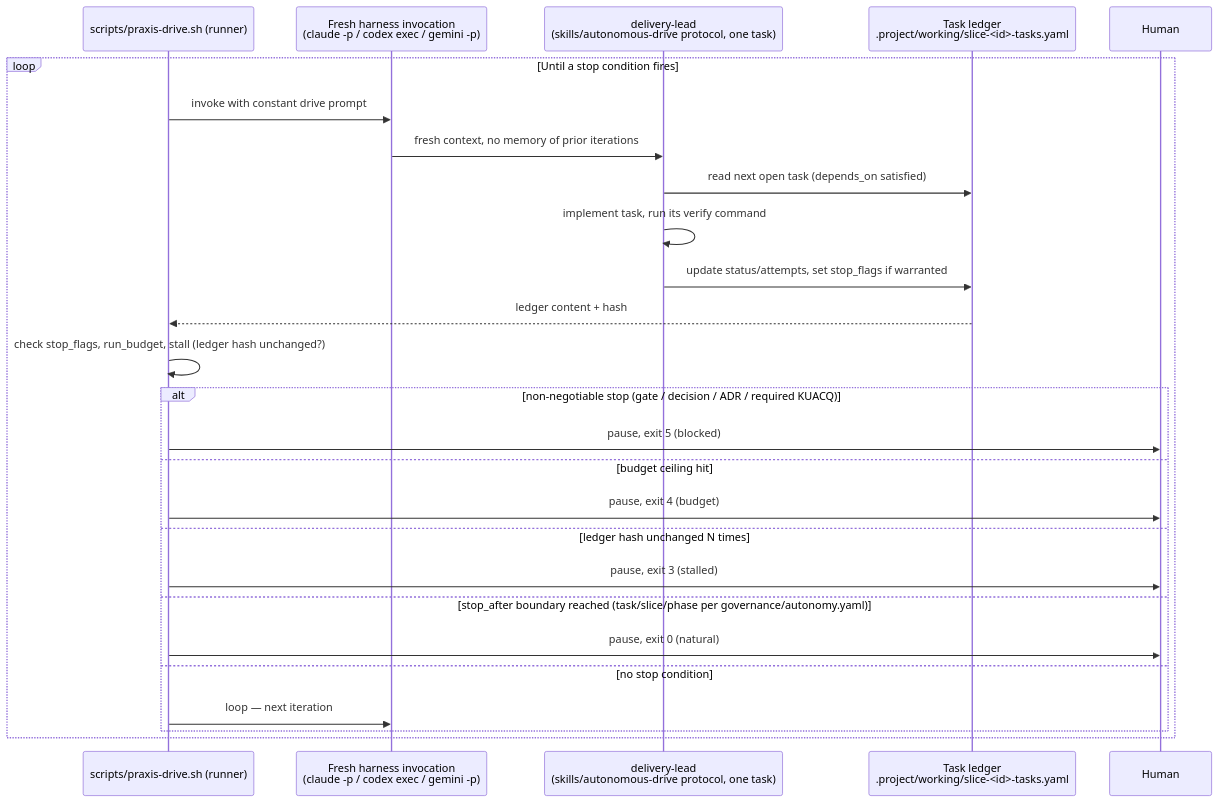
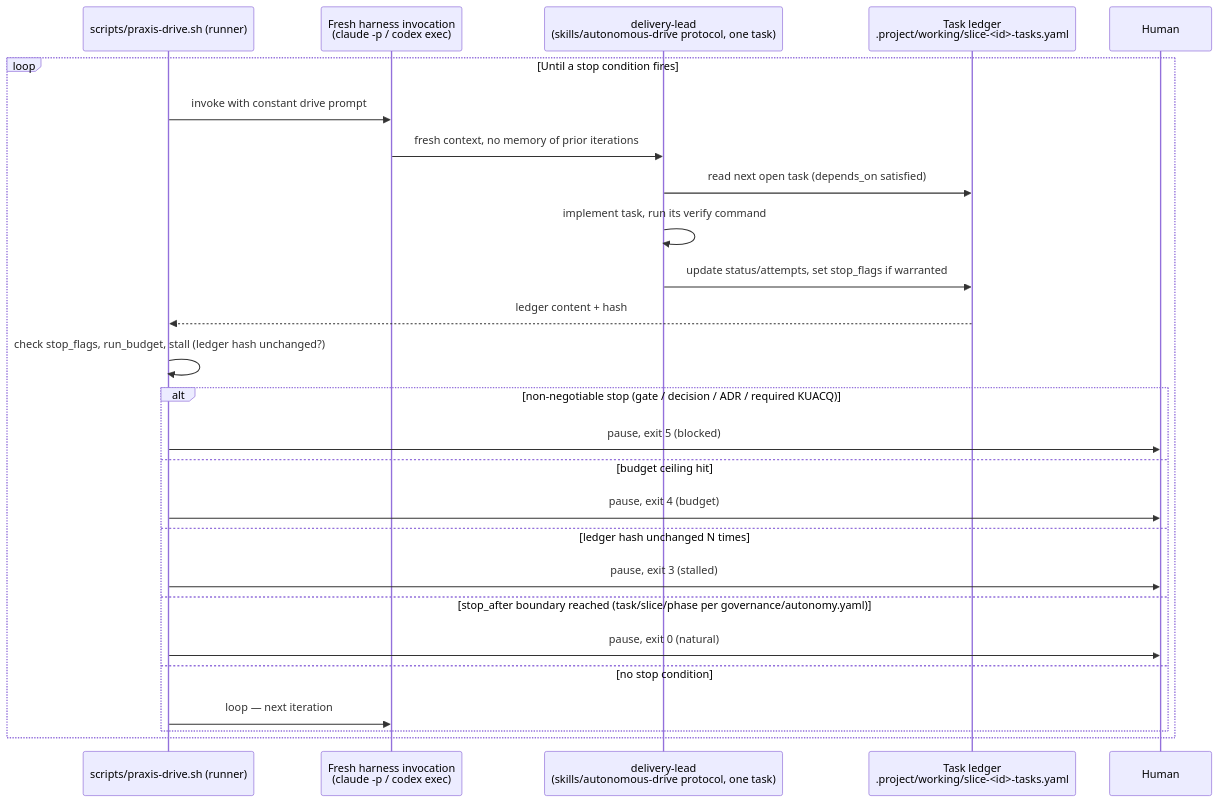
Before and after one commit to jeet129/praxis: the third of 4 diagrams in docs/operating-model.md, drawn with Mermaid. The commit also changed other lines of this file and 332 other files, not shown here.

````diff
--- a/docs/operating-model.md
+++ b/docs/operating-model.md
@@ -104,29 +104,29 @@
 ```mermaid
 sequenceDiagram
     participant R as scripts/praxis-drive.sh (runner)
-    participant H as Fresh harness invocation<br/>(claude -p / codex exec / gemini -p)
+    participant H as Fresh harness invocation<br/>(claude -p / codex exec)
     participant DL as delivery-lead<br/>(skills/autonomous-drive protocol, one task)
     participant L as Task ledger<br/>.project/working/slice-<id>-tasks.yaml
     participant HU as Human
 
     loop Until a stop condition fires
         R->>H: invoke with constant drive prompt
         H->>DL: fresh context, no memory of prior iterations
         DL->>L: read next open task (depends_on satisfied)
         DL->>DL: implement task, run its verify command
         DL->>L: update status/attempts, set stop_flags if warranted
         L-->>R: ledger content + hash
         R->>R: check stop_flags, run_budget, stall (ledger hash unchanged?)
         alt non-negotiable stop (gate / decision / ADR / required KUACQ)
             R->>HU: pause, exit 5 (blocked)
         else budget ceiling hit
             R->>HU: pause, exit 4 (budget)
         else ledger hash unchanged N times
             R->>HU: pause, exit 3 (stalled)
         else stop_after boundary reached (task/slice/phase per governance/autonomy.yaml)
             R->>HU: pause, exit 0 (natural)
         else no stop condition
             R->>H: loop — next iteration
         end
     end
 ```
````
